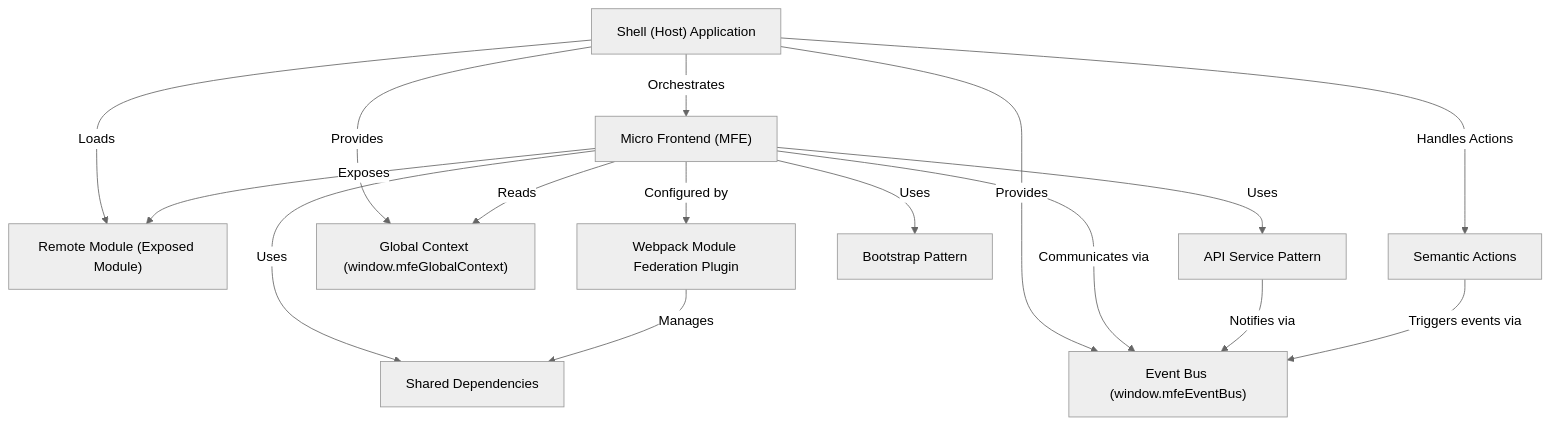
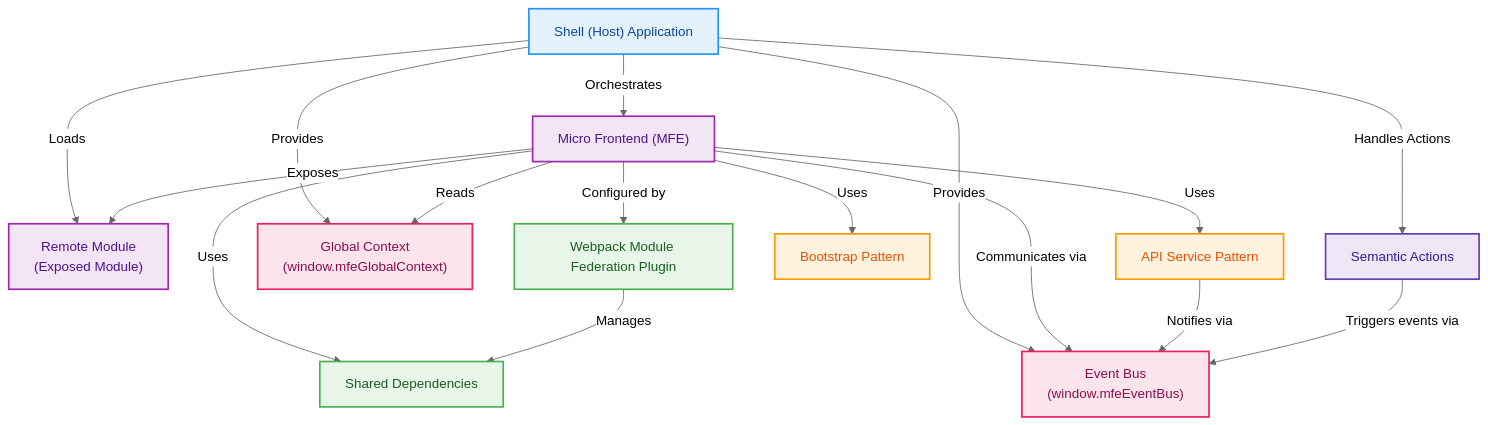
The diagram in docs/index.md (yogain123/mfe-project), drawn with Mermaid (neutral theme) before and after one commit.

````diff
--- a/docs/index.md
+++ b/docs/index.md
@@ -13,38 +11,50 @@
 ```mermaid
 flowchart TD
-    A0["Micro Frontend (MFE)
-"]
-    A1["Shell (Host) Application
-"]
-    A2["Remote Module (Exposed Module)
-"]
-    A3["Webpack Module Federation Plugin
-"]
-    A4["Shared Dependencies
-"]
-    A5["Event Bus (window.mfeEventBus)
-"]
-    A6["Global Context (window.mfeGlobalContext)
-"]
-    A7["API Service Pattern
-"]
-    A8["Bootstrap Pattern
-"]
-    A9["Semantic Actions
-"]
+    %% Define Styles
+    classDef shell fill:#e3f2fd,stroke:#2196f3,stroke-width:2px,font-size:16px,color:#0d47a1
+    classDef remote fill:#f3e5f5,stroke:#9c27b0,stroke-width:2px,font-size:16px,color:#4a148c
+    classDef core fill:#fff3e0,stroke:#ff9800,stroke-width:2px,font-size:16px,color:#e65100
+    classDef infra fill:#e8f5e9,stroke:#4caf50,stroke-width:2px,font-size:16px,color:#1b5e20
+    classDef comm fill:#fce4ec,stroke:#e91e63,stroke-width:2px,font-size:16px,color:#880e4f
+    classDef ctx fill:#ede7f6,stroke:#673ab7,stroke-width:2px,font-size:16px,color:#311b92
+
+    %% Nodes
+    A0["Micro Frontend (MFE)"]
+    A1["Shell (Host) Application"]
+    A2["Remote Module<br/>(Exposed Module)"]
+    A3["Webpack Module Federation Plugin"]
+    A4["Shared Dependencies"]
+    A5["Event Bus<br/>(window.mfeEventBus)"]
+    A6["Global Context<br/>(window.mfeGlobalContext)"]
+    A7["API Service Pattern"]
+    A8["Bootstrap Pattern"]
+    A9["Semantic Actions"]
+
+    %% Classes
+    class A0,A2 remote
+    class A1 shell
+    class A3,A4 infra
+    class A5,A6 comm
+    class A7,A8 core
+    class A9 ctx
+
+    %% Edges
     A1 -- "Orchestrates" --> A0
     A1 -- "Loads" --> A2
     A1 -- "Provides" --> A5
     A1 -- "Provides" --> A6
     A1 -- "Handles Actions" --> A9
+
     A0 -- "Exposes" --> A2
     A0 -- "Configured by" --> A3
     A0 -- "Uses" --> A4
     A0 -- "Communicates via" --> A5
     A0 -- "Reads" --> A6
     A0 -- "Uses" --> A7
     A0 -- "Uses" --> A8
+
     A3 -- "Manages" --> A4
     A7 -- "Notifies via" --> A5
     A9 -- "Triggers events via" --> A5
+
 ```
````
